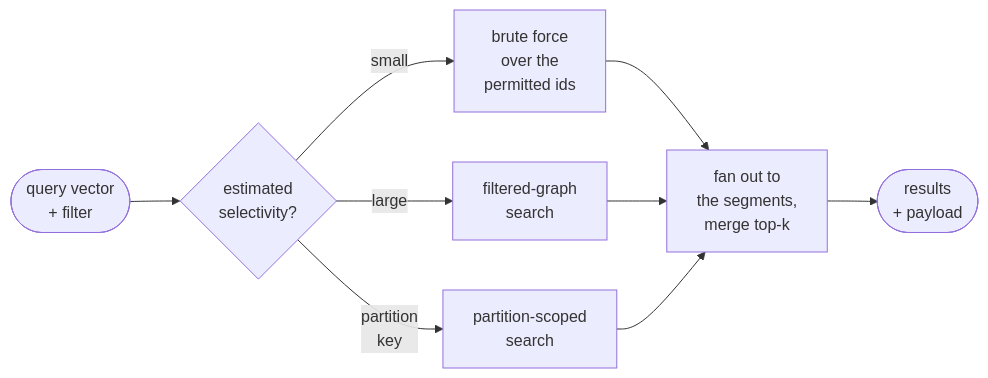
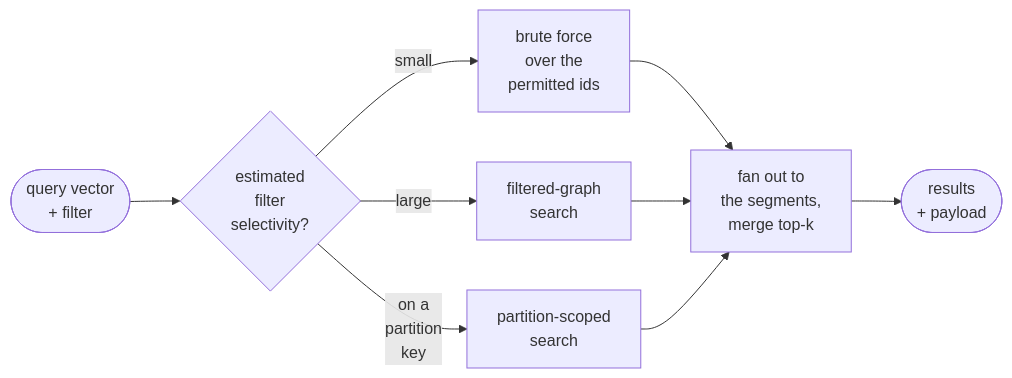
Before and after one commit to aniryou/full-stack-agentic-engineer: the third of 4 diagrams in 07-application-agent-framework/retrieval-rag/vector-databases-primer.md, drawn with Mermaid. The commit also changed other lines of this file and 5 other files, not shown here.

First line of the commit message:
WIP snapshot: the figure round (charts, improvements, additions) in progress (2026-10-30T18:54:07Z); not validated [skip ci]

````diff
--- a/07-application-agent-framework/retrieval-rag/vector-databases-primer.md
+++ b/07-application-agent-framework/retrieval-rag/vector-databases-primer.md
@@ -252,11 +252,11 @@
 ```mermaid
 flowchart LR
-  Q(["query vector<br/>+ filter"]) --> E{"estimated<br/>selectivity?"}
+  Q(["query vector<br/>+ filter"]) --> E{"estimated<br/>filter<br/>selectivity?"}
   E -->|"small"| B["brute force<br/>over the<br/>permitted ids"]
   E -->|"large"| T["filtered-graph<br/>search"]
-  E -->|"partition<br/>key"| P["partition-scoped<br/>search"]
+  E -->|"on a<br/>partition<br/>key"| P["partition-scoped<br/>search"]
   B --> F["fan out to<br/>the segments,<br/>merge top-k"]
   T --> F
   P --> F
   F --> O(["results<br/>+ payload"])
 ```
````
